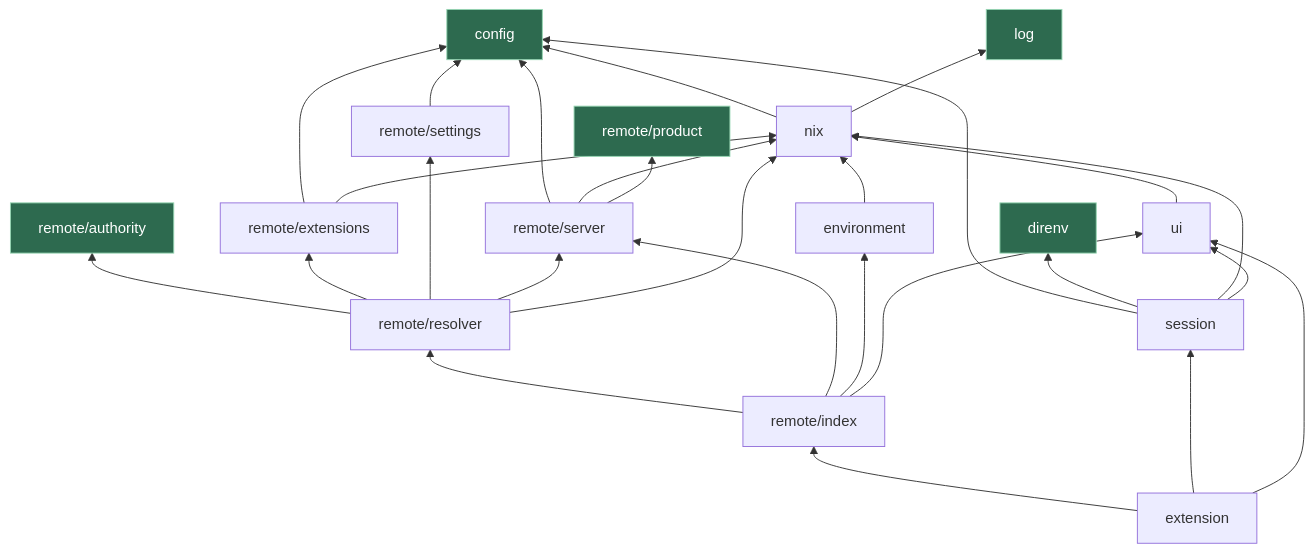
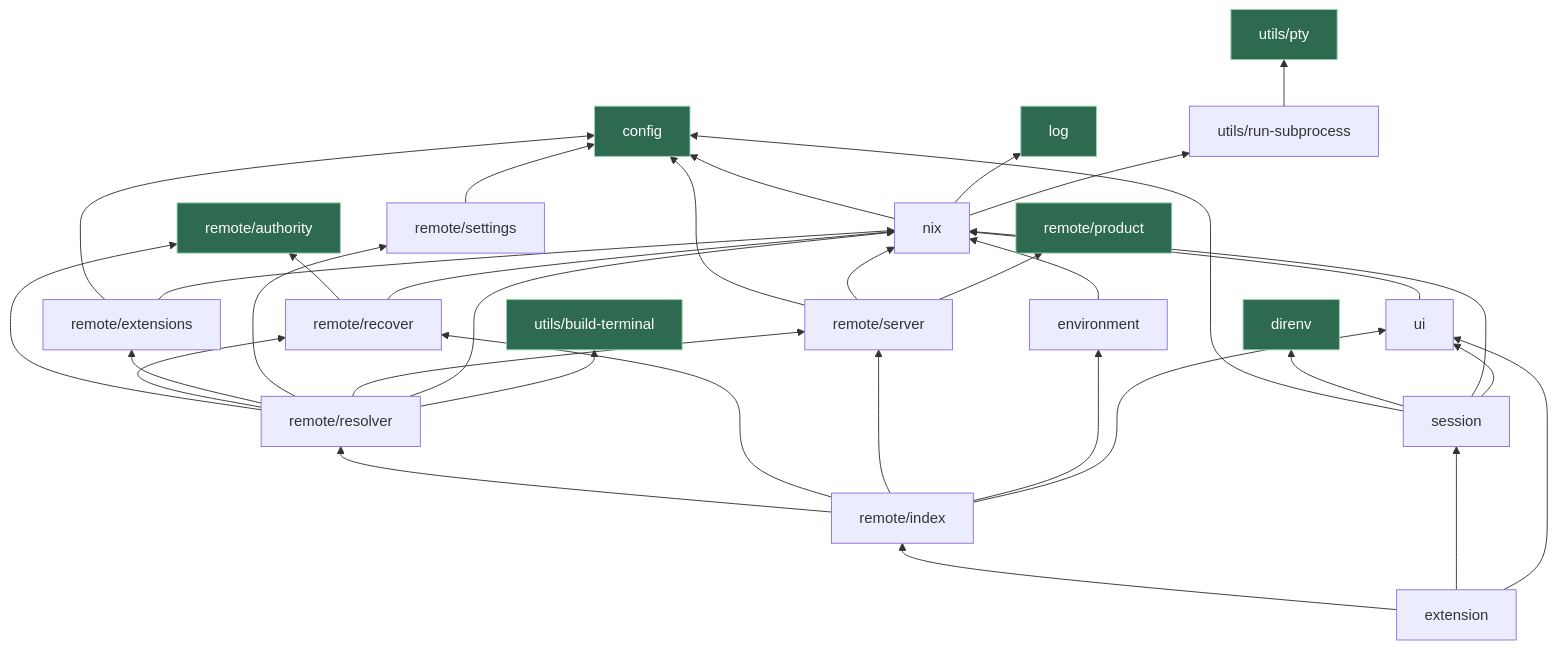
One commit to wiomoc/vscode-nix-develop changed the second of 2 diagrams in architecture/classes.md. Above: the diagram before and after it, drawn with Mermaid. The commit also changed other lines of this file and 34 other files, not shown here.

````diff
--- a/architecture/classes.md
+++ b/architecture/classes.md
@@ -409,53 +487,65 @@
 ```mermaid
 graph BT
     config[config]:::leaf
     log[log]:::leaf
     direnv[direnv]:::leaf
     authority[remote/authority]:::leaf
     product[remote/product]:::leaf
 
     nix[nix]
+    pty[utils/pty]:::leaf
+    runSubprocess[utils/run-subprocess]
+    buildTerminal[utils/build-terminal]:::leaf
     environment[environment]
     ui[ui]
     session[session]
 
     extensions[remote/extensions]
     settings[remote/settings]
     server[remote/server]
+    recover[remote/recover]
     resolver[remote/resolver]
     index[remote/index]
     ext[extension]
 
     nix --> config
     nix --> log
+    nix --> runSubprocess
+    runSubprocess --> pty
     environment --> nix
     ui --> nix
     session --> config
     session --> direnv
     session --> nix
     session --> ui
 
     extensions --> config
     extensions --> nix
     settings --> config
     server --> config
     server --> nix
     server --> product
 
+    recover --> authority
+    recover --> nix
+
     resolver --> authority
+    resolver --> recover
     resolver --> extensions
     resolver --> settings
     resolver --> server
     resolver --> nix
+    resolver --> buildTerminal
 
     index --> resolver
+    index --> recover
     index --> server
     index --> environment
     index --> ui
 
     ext --> index
     ext --> session
     ext --> ui
 
     classDef leaf fill:#2d6a4f,stroke:#95d5b2,color:#fff
 ```
````
